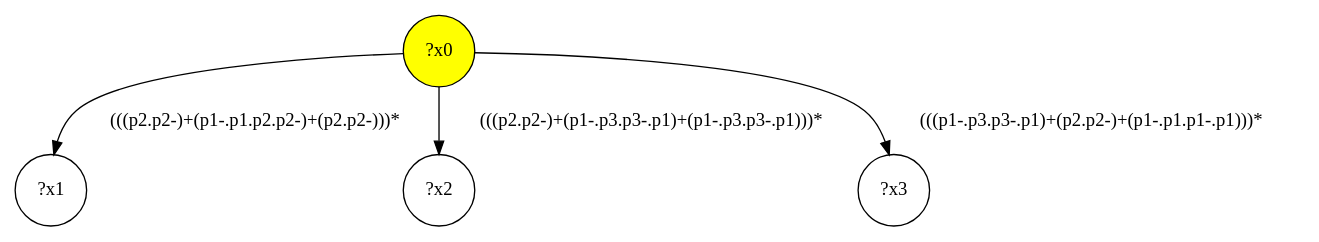
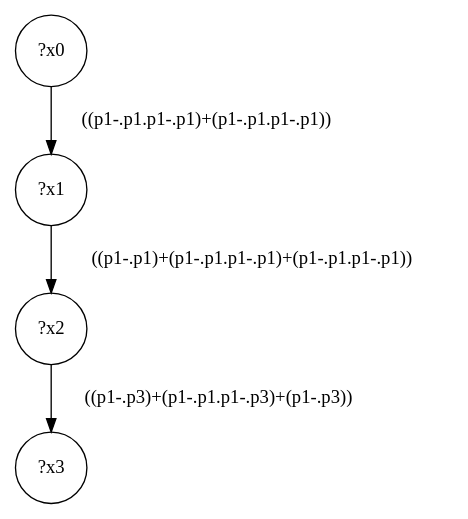
Before and after one commit to gbagan/gmark: the diagram in src/queryinterface/interface-queries/query-32.dot, drawn with Graphviz. The commit also changed 153 other files, not shown here.

```diff
--- a/src/queryinterface/interface-queries/query-32.dot
+++ b/src/queryinterface/interface-queries/query-32.dot
@@ -1,9 +1,9 @@
 digraph g {
-	x0 [fillcolor="yellow", style="filled," shape=circle, label="?x0"];
+	x0 [shape=circle, label="?x0"];
 	x1 [shape=circle, label="?x1"];
-	x0 -> x1 [label="(((p2.p2-)+(p1-.p1.p2.p2-)+(p2.p2-)))*"];
+	x0 -> x1 [label="((p1-.p1.p1-.p1)+(p1-.p1.p1-.p1))"];
 	x2 [shape=circle, label="?x2"];
-	x0 -> x2 [label="(((p2.p2-)+(p1-.p3.p3-.p1)+(p1-.p3.p3-.p1)))*"];
+	x1 -> x2 [label="((p1-.p1)+(p1-.p1.p1-.p1)+(p1-.p1.p1-.p1))"];
 	x3 [shape=circle, label="?x3"];
-	x0 -> x3 [label="(((p1-.p3.p3-.p1)+(p2.p2-)+(p1-.p1.p1-.p1)))*"];
+	x2 -> x3 [label="((p1-.p3)+(p1-.p1.p1-.p3)+(p1-.p3))"];
 }
```
